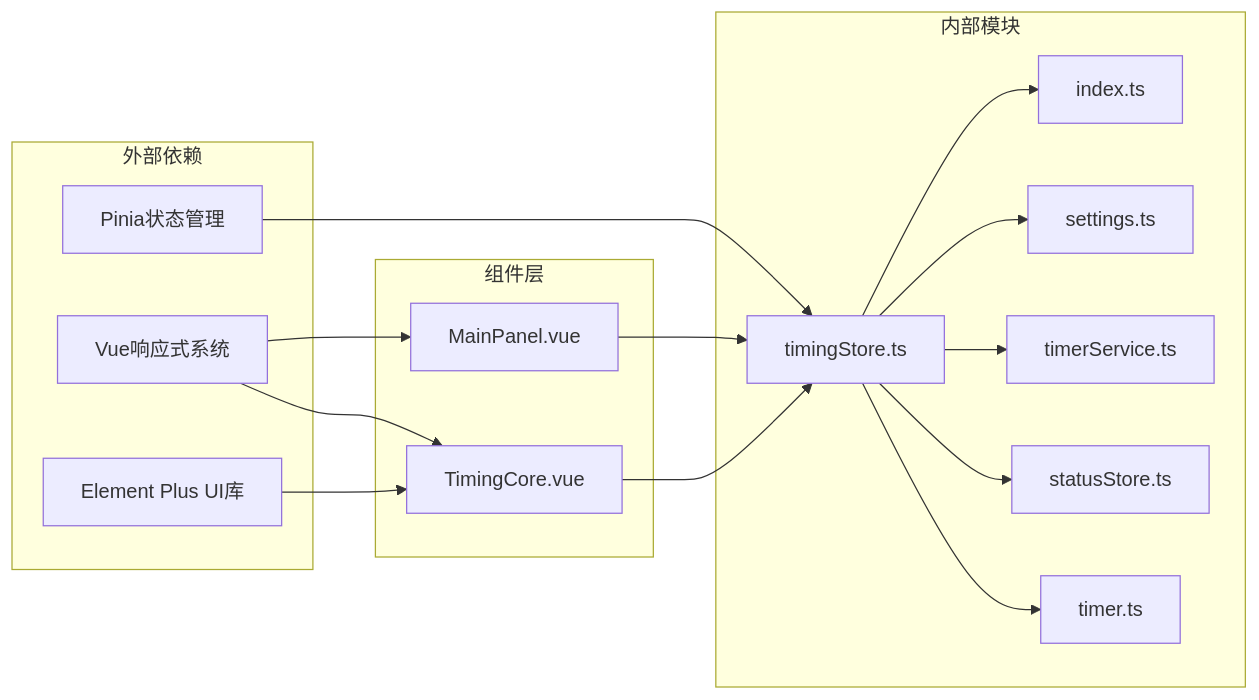
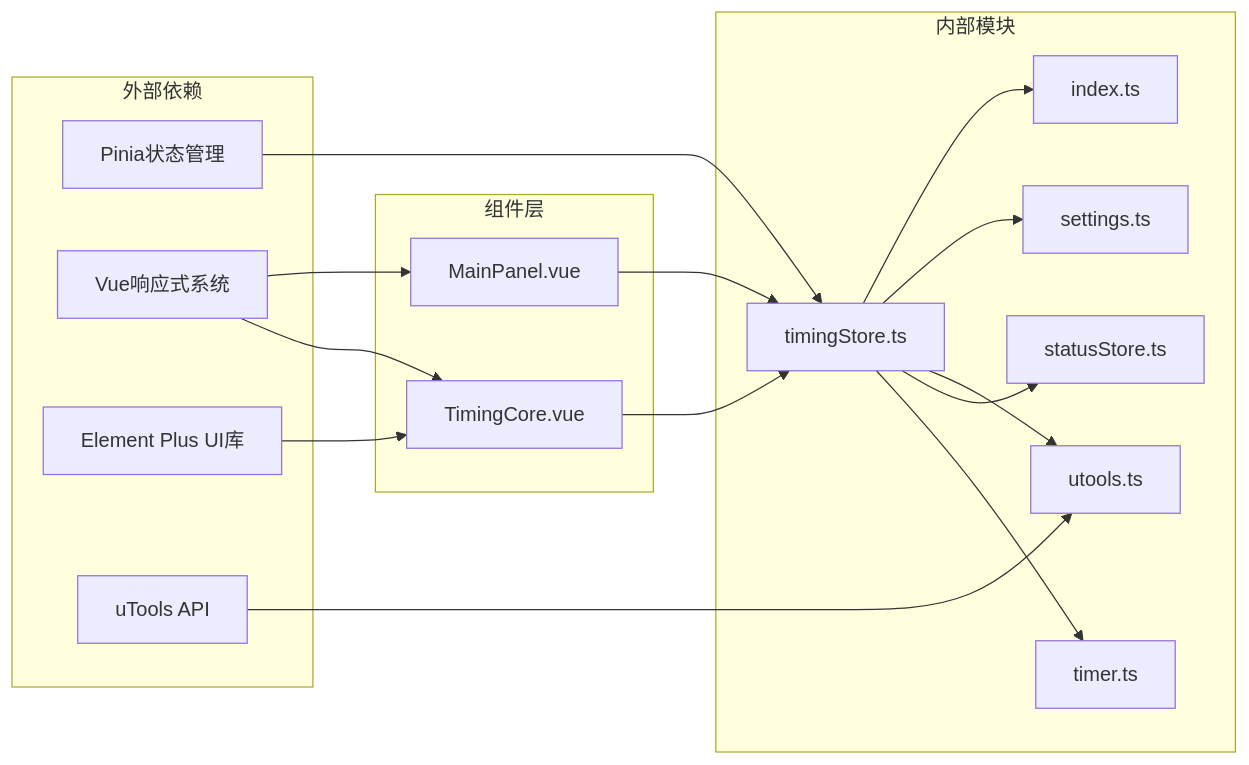
Before and after one commit to kqcoxn/utools-releax-tip: the seventh of 7 diagrams in .qoder/repowiki/zh/content/状态管理/计时状态管理.md, drawn with Mermaid. The commit also changed other lines of this file and 4 other files, not shown here.

````diff
--- a/.qoder/repowiki/zh/content/状态管理/计时状态管理.md
+++ b/.qoder/repowiki/zh/content/状态管理/计时状态管理.md
@@ -337,31 +347,33 @@
 ```mermaid
 graph LR
 subgraph "外部依赖"
 PINIA[Pinia状态管理]
 VUE[Vue响应式系统]
 ELEMENT[Element Plus UI库]
+UTOOLS[uTools API]
 end
 subgraph "内部模块"
 TS[timingStore.ts]
 TU[timer.ts]
 SS[statusStore.ts]
-TSF[timerService.ts]
+UT[utools.ts]
 ST[settings.ts]
 TT[index.ts]
 end
 subgraph "组件层"
 TC[TimingCore.vue]
 MP[MainPanel.vue]
 end
 PINIA --> TS
 VUE --> TC
 VUE --> MP
 ELEMENT --> TC
+UTOOLS --> UT
 TS --> TU
 TS --> SS
-TS --> TSF
+TS --> UT
 TS --> ST
 TS --> TT
 TC --> TS
 MP --> TS
 ```
````
